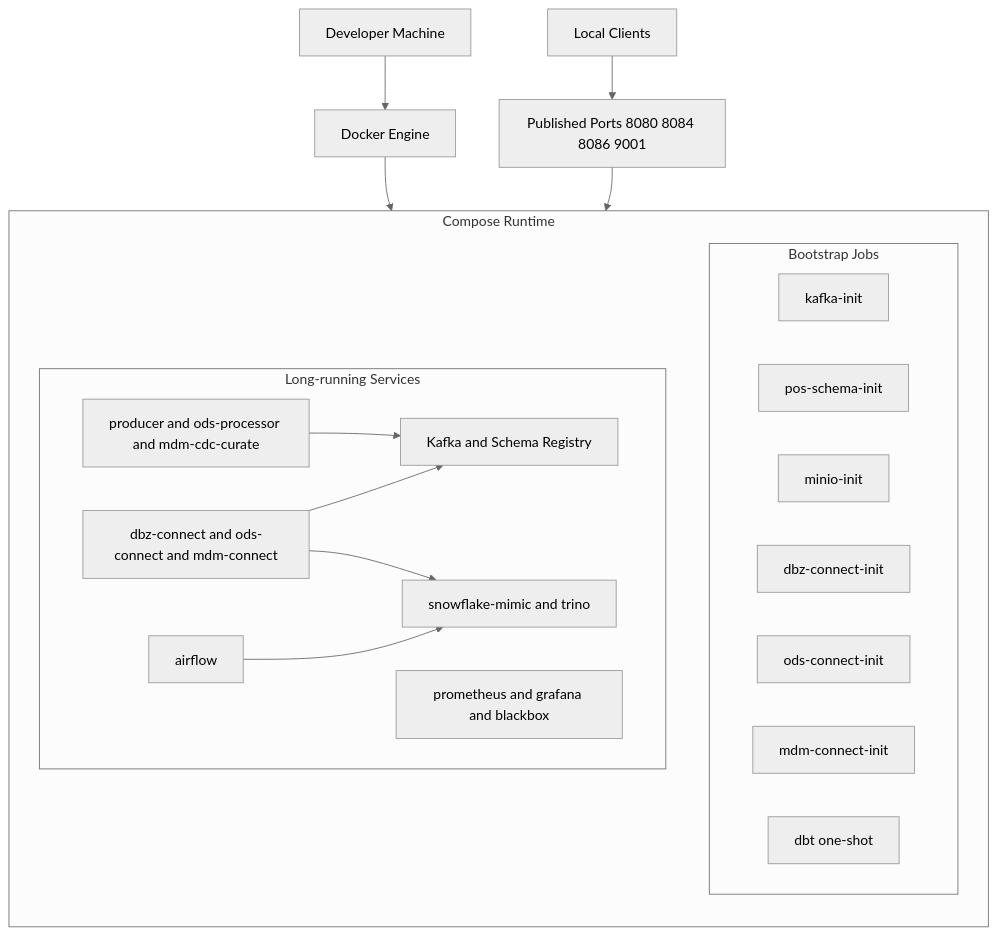
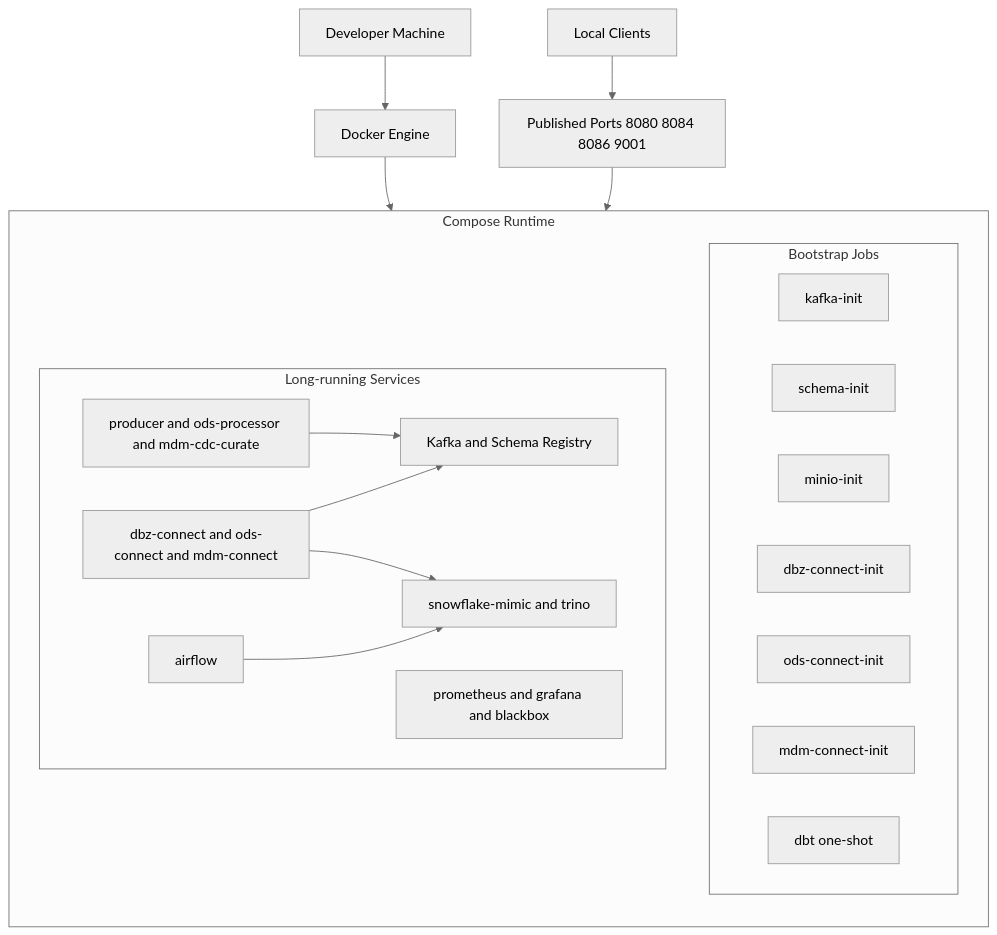
Before and after one commit to paulchen8206/Full-Stack-Modern-Data-Architecture-and-Engineering: the first of 2 diagrams in docs/deployment.md, drawn with Mermaid (neutral theme). The commit also changed other lines of this file and 18 other files, not shown here.

````diff
--- a/docs/deployment.md
+++ b/docs/deployment.md
@@ -161,35 +161,35 @@
 ```mermaid
 flowchart TB
   DEV[Developer Machine] --> DOCKER[Docker Engine]
 
   subgraph STACK[Compose Runtime]
     direction TB
     subgraph BOOTSTRAP[Bootstrap Jobs]
       KI[kafka-init]
-      SI[pos-schema-init]
+      SI[schema-init]
       MI[minio-init]
       DI[dbz-connect-init]
       OI[ods-connect-init]
       MCI[mdm-connect-init]
       DBTJ[dbt one-shot]
     end
 
     subgraph CORE[Long-running Services]
       KAFKA[Kafka and Schema Registry]
       CONNECT[dbz-connect and ods-connect and mdm-connect]
       APPS[producer and ods-processor and mdm-cdc-curate]
       WAREHOUSE[snowflake-mimic and trino]
       ORCH[airflow]
       OBS[prometheus and grafana and blackbox]
     end
   end
 
   DOCKER --> STACK
   APPS --> KAFKA
   CONNECT --> KAFKA
   CONNECT --> WAREHOUSE
   ORCH --> WAREHOUSE
 
   CLIENTS[Local Clients] --> PORTS[Published Ports 8080 8084 8086 9001]
   PORTS --> CORE
 ```
````
